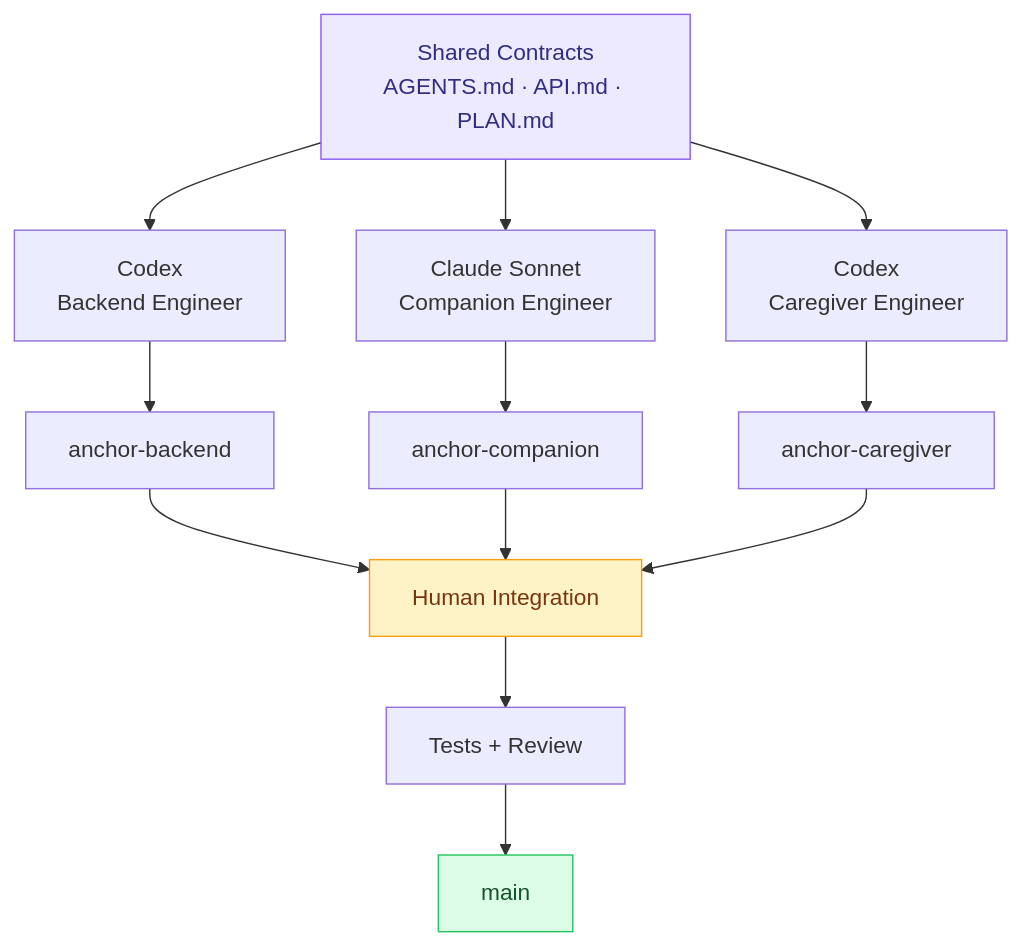
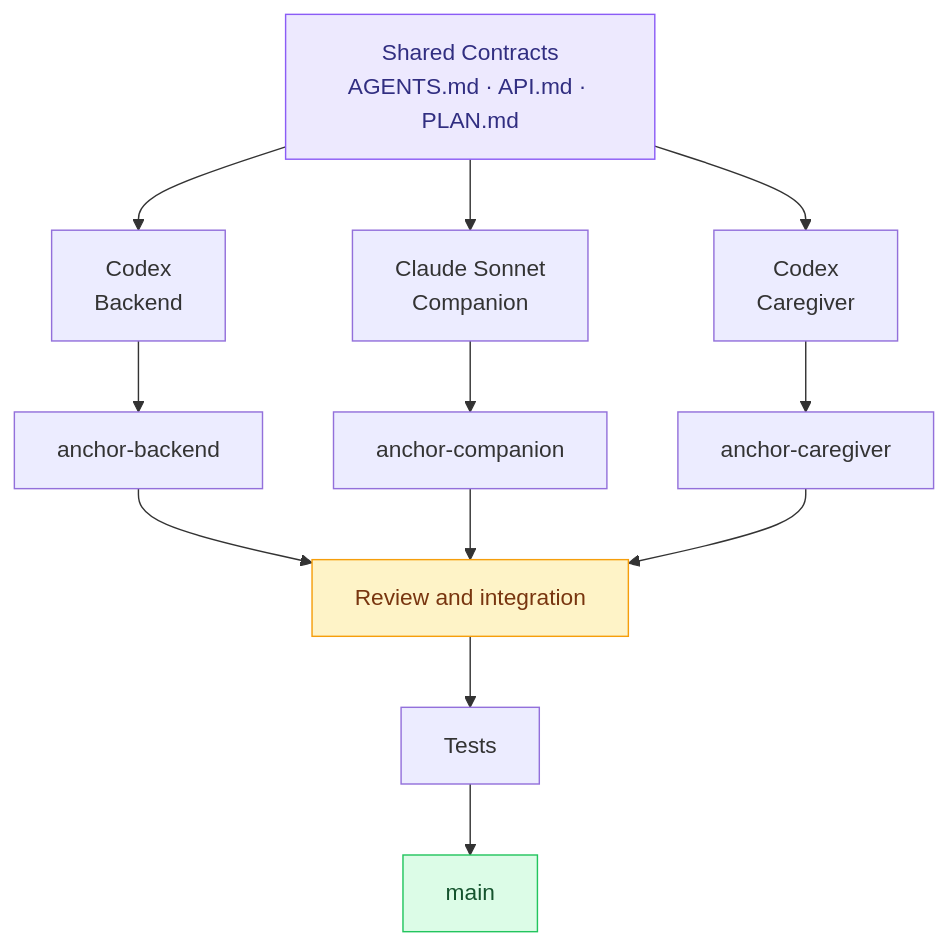
The third of 4 diagrams in README.md (VincentSchelstraete1/Anchor-compiled-hackathon), drawn with Mermaid before and after one commit. The commit also changed other lines of this file and 4 other files, not shown here.

````diff
--- a/README.md
+++ b/README.md
@@ -184,23 +200,23 @@
 ```mermaid
 flowchart TB
     S["Shared Contracts<br/>AGENTS.md · API.md · PLAN.md"]
 
-    S --> A[" Codex<br/>Backend Engineer"]
-    S --> B[" Claude Sonnet<br/>Companion Engineer"]
-    S --> C[" Codex<br/>Caregiver Engineer"]
+    S --> A["Codex<br/>Backend"]
+    S --> B["Claude Sonnet<br/>Companion"]
+    S --> C["Codex<br/>Caregiver"]
 
-    A --> D[" anchor-backend"]
-    B --> E[" anchor-companion"]
-    C --> F[" anchor-caregiver"]
+    A --> D["anchor-backend"]
+    B --> E["anchor-companion"]
+    C --> F["anchor-caregiver"]
 
-    D --> G[" Human Integration"]
+    D --> G["Review and integration"]
     E --> G
     F --> G
 
-    G --> H[" Tests + Review"]
-    H --> I[" main"]
+    G --> H["Tests"]
+    H --> I["main"]
 
     style S fill:#ede9fe,stroke:#8b5cf6,color:#312e81
     style G fill:#fef3c7,stroke:#f59e0b,color:#78350f
     style I fill:#dcfce7,stroke:#22c55e,color:#14532d
 ```
````
